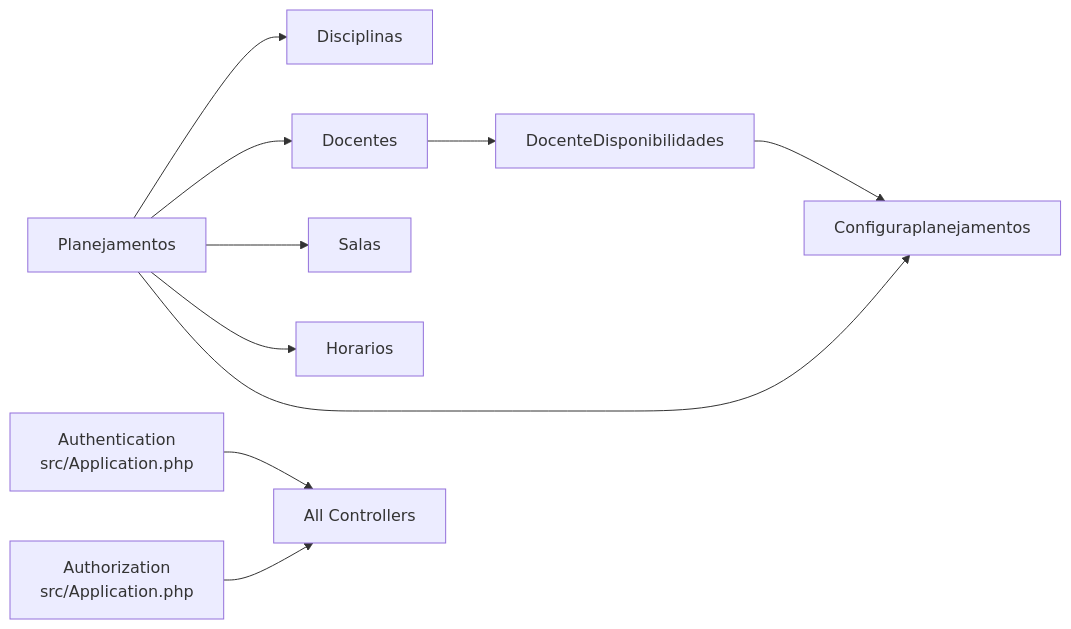
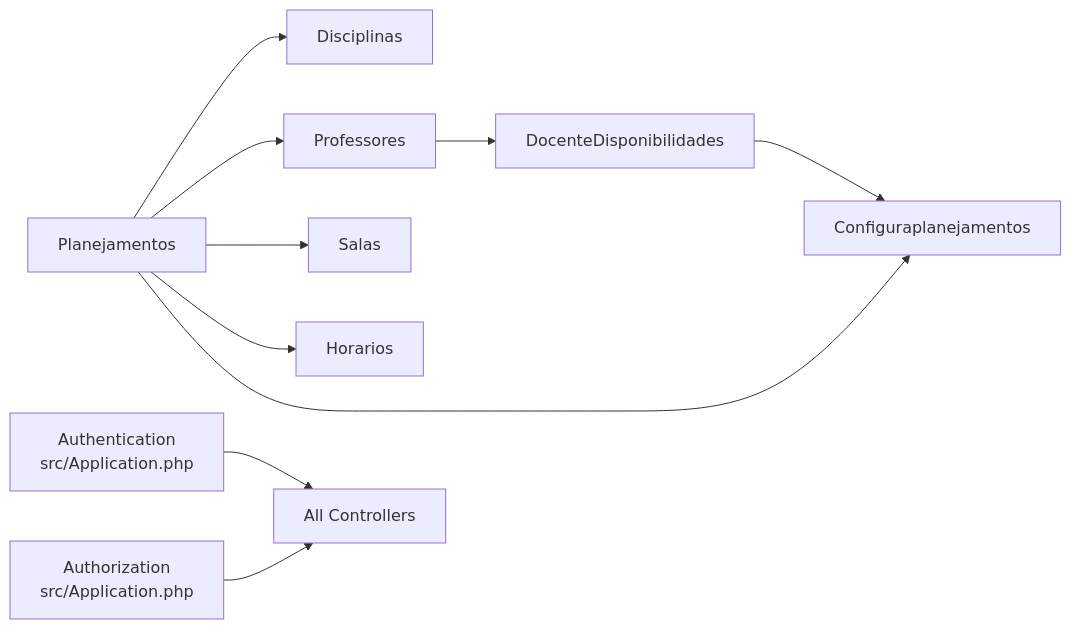
Before and after one commit to luiseduacosta/planejamento5: the seventh of 7 diagrams in .qoder/repowiki/en/content/Project Overview/Core Features Overview/Core Features Overview.md, drawn with Mermaid. The commit also changed other lines of this file and 37 other files, not shown here.

Commit message:
repowiki: rename Docentes → Professores in metadata

````diff
--- a/.qoder/repowiki/en/content/Project Overview/Core Features Overview/Core Features Overview.md
+++ b/.qoder/repowiki/en/content/Project Overview/Core Features Overview/Core Features Overview.md
@@ -309,12 +309,12 @@
 ```mermaid
 graph LR
 P["Planejamentos"] --> D["Disciplinas"]
-P --> DOC["Docentes"]
+P --> DOC["Professores"]
 P --> S["Salas"]
 P --> H["Horarios"]
 P --> CFG["Configuraplanejamentos"]
 DOC --> AV["DocenteDisponibilidades"]
 AV --> CFG
 AUTHN["Authentication<br/>src/Application.php"] --> ALL["All Controllers"]
 AUTHZ["Authorization<br/>src/Application.php"] --> ALL
 ```
````
